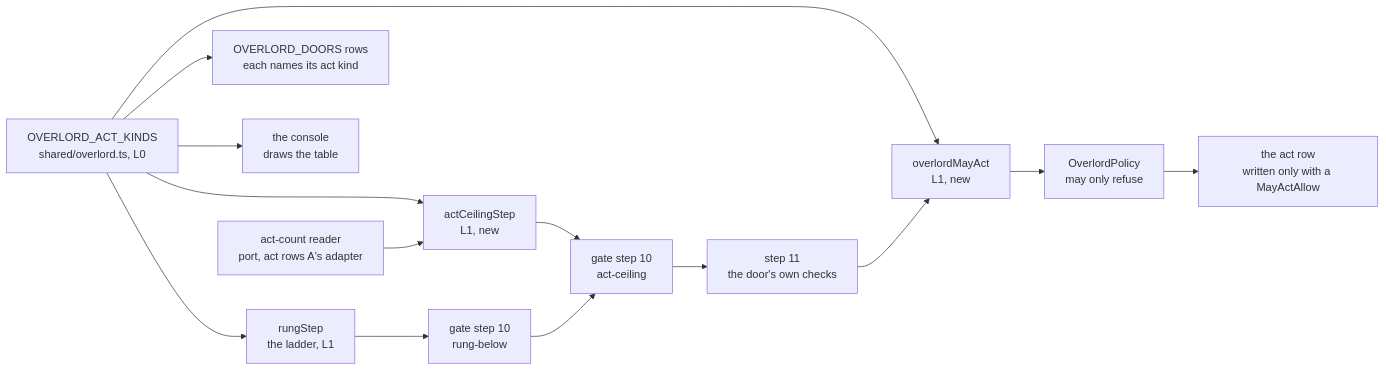
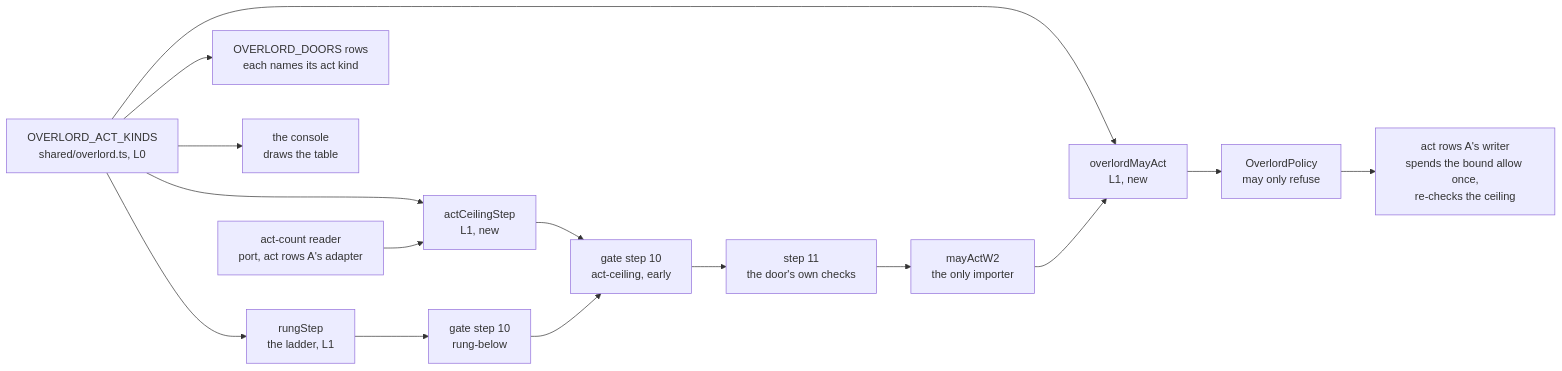
Before and after one commit to Synapsium-Labs/ccrc-pwa: the first of 3 diagrams in docs/superpowers/plans/2026-11-16-overlord-w2/w2-act-catalogue.md, drawn with Mermaid. The commit also changed other lines of this file, not shown here.

First line of the commit message:
docs(plan): act catalogue fix round 1 (review 2271): may-carry, covers per member, the bound allow

````diff
--- a/docs/superpowers/plans/2026-11-16-overlord-w2/w2-act-catalogue.md
+++ b/docs/superpowers/plans/2026-11-16-overlord-w2/w2-act-catalogue.md
@@ -62,16 +67,17 @@
 ```mermaid
 flowchart LR
   CAT["OVERLORD_ACT_KINDS<br/>shared/overlord.ts, L0"] --> RS["rungStep<br/>the ladder, L1"]
   CAT --> AC["actCeilingStep<br/>L1, new"]
   CAT --> MA["overlordMayAct<br/>L1, new"]
   CAT --> DR["OVERLORD_DOORS rows<br/>each names its act kind"]
   CAT --> CON["the console<br/>draws the table"]
   RS --> G10["gate step 10<br/>rung-below"]
-  AC --> G10b["gate step 10<br/>act-ceiling"]
+  AC --> G10b["gate step 10<br/>act-ceiling, early"]
   CNT["act-count reader<br/>port, act rows A's adapter"] --> AC
   G10 --> G10b
   G10b --> G11["step 11<br/>the door's own checks"]
-  G11 --> MA
+  G11 --> W2["mayActW2<br/>the only importer"]
+  W2 --> MA
   MA --> POL["OverlordPolicy<br/>may only refuse"]
-  POL --> ROW["the act row<br/>written only with a MayActAllow"]
+  POL --> ROW["act rows A's writer<br/>spends the bound allow once,<br/>re-checks the ceiling"]
 ```
````
